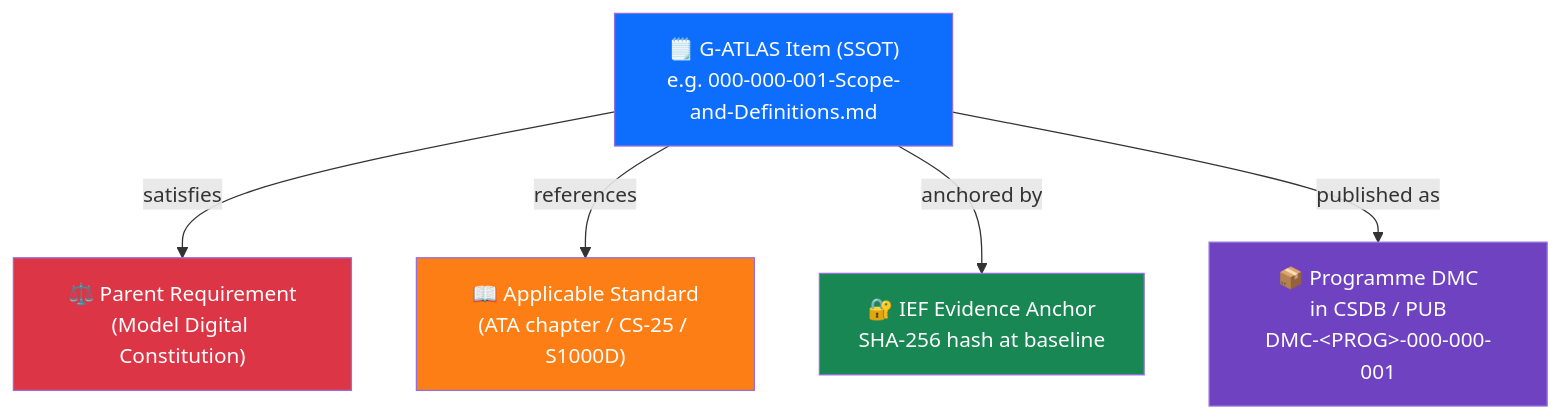
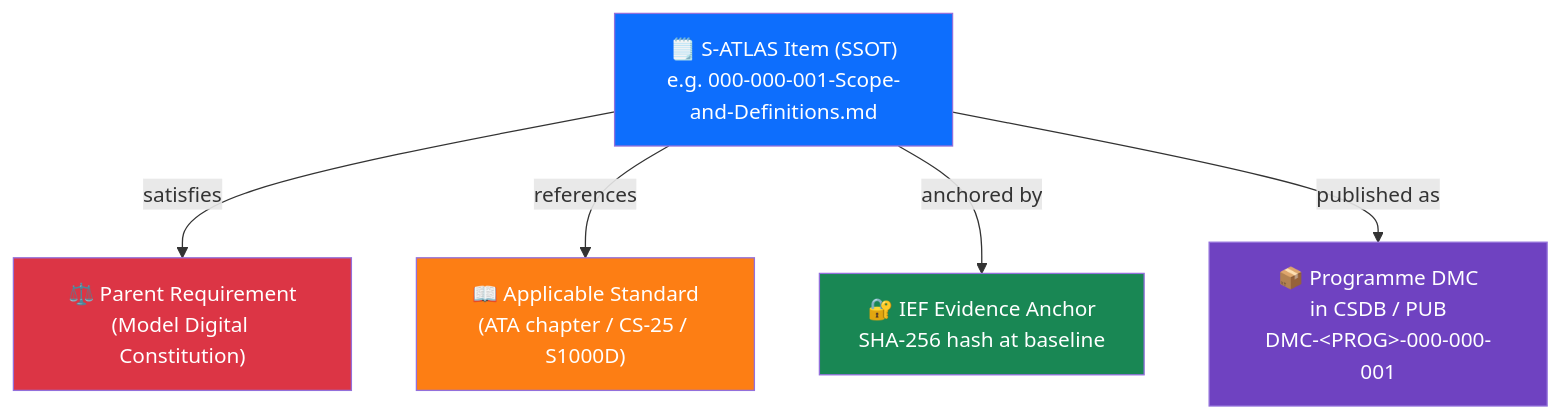
The diagram in 01_OPTIONS_ARCHITECTURE/01-03_TECHNOLOGIES/01-03-01_Q+ATLANTIDE/000-099_S-ATLAS/000-009_General-Information-and-Service/000_General/000-000_General-Introduction/000-000-008-Traceability-and-Evidence-Index.md (AmedeoPelliccia/Q-plus-A), drawn with Mermaid before and after one commit. The commit also changed other lines of this file and 641 other files, not shown here.

````diff
--- a/01_OPTIONS_ARCHITECTURE/01-03_TECHNOLOGIES/01-03-01_Q+ATLANTIDE/000-099_S-ATLAS/000-009_General-Information-and-Service/000_General/000-000_General-Introduction/000-000-008-Traceability-and-Evidence-Index.md
+++ b/01_OPTIONS_ARCHITECTURE/01-03_TECHNOLOGIES/01-03-01_Q+ATLANTIDE/000-099_S-ATLAS/000-009_General-Information-and-Service/000_General/000-000_General-Introduction/000-000-008-Traceability-and-Evidence-Index.md
@@ -122,19 +122,19 @@
 ```mermaid
 graph TD
-    ITEM["🗒️ G-ATLAS Item (SSOT)<br/>e.g. 000-000-001-Scope-and-Definitions.md"]
+    ITEM["🗒️ S-ATLAS Item (SSOT)<br/>e.g. 000-000-001-Scope-and-Definitions.md"]
     MDC["⚖️ Parent Requirement<br/>(Model Digital Constitution)"]
     STD["📖 Applicable Standard<br/>(ATA chapter / CS-25 / S1000D)"]
     IEF["🔐 IEF Evidence Anchor<br/>SHA-256 hash at baseline"]
     DMC["📦 Programme DMC<br/>in CSDB / PUB<br/>DMC-&lt;PROG&gt;-000-000-001"]
 
     ITEM -->|"satisfies"| MDC
     ITEM -->|"references"| STD
     ITEM -->|"anchored by"| IEF
     ITEM -->|"published as"| DMC
 
     style ITEM fill:#0d6efd,color:#fff
     style MDC fill:#dc3545,color:#fff
     style STD fill:#fd7e14,color:#fff
     style IEF fill:#198754,color:#fff
     style DMC fill:#6f42c1,color:#fff
 ```
````
